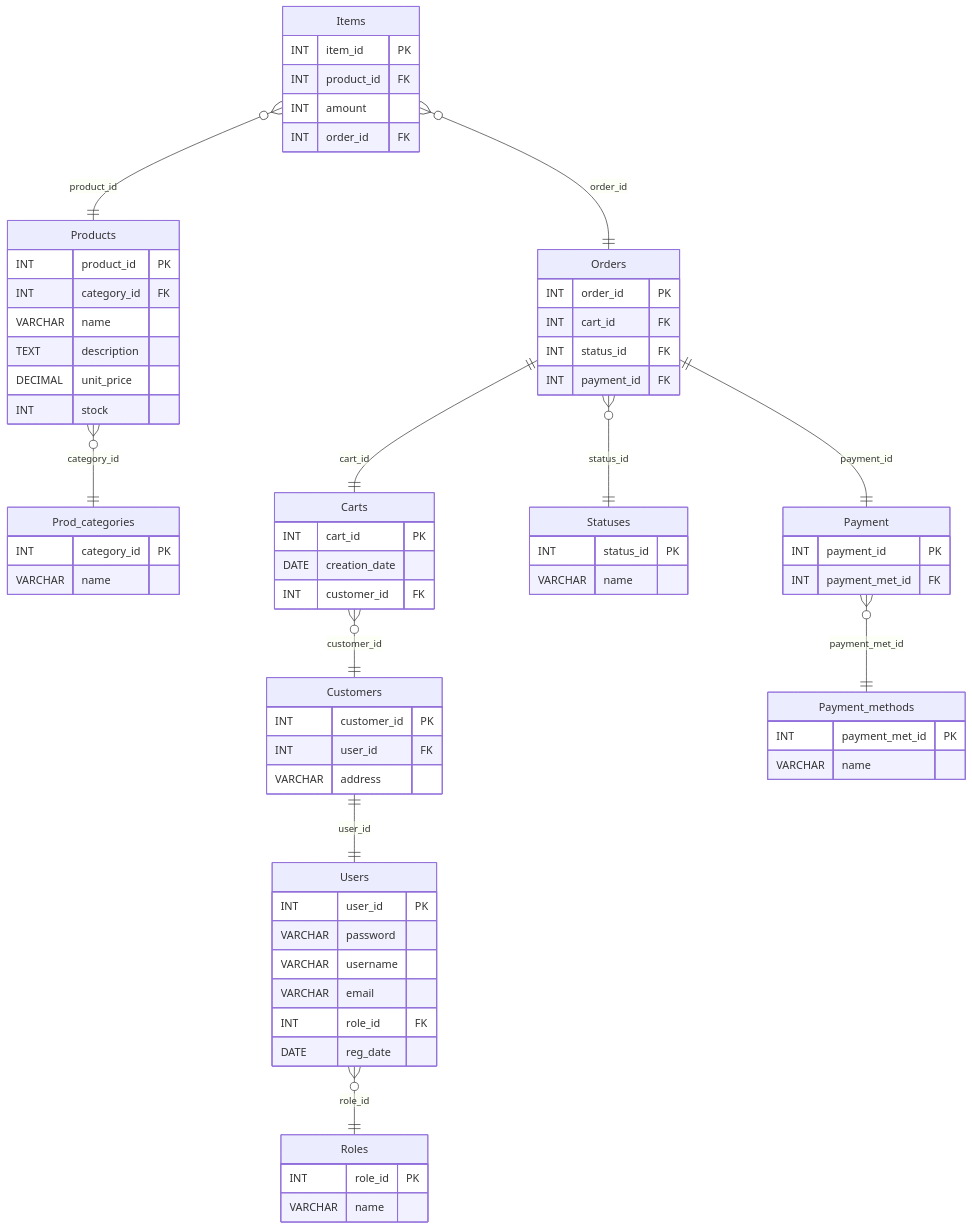
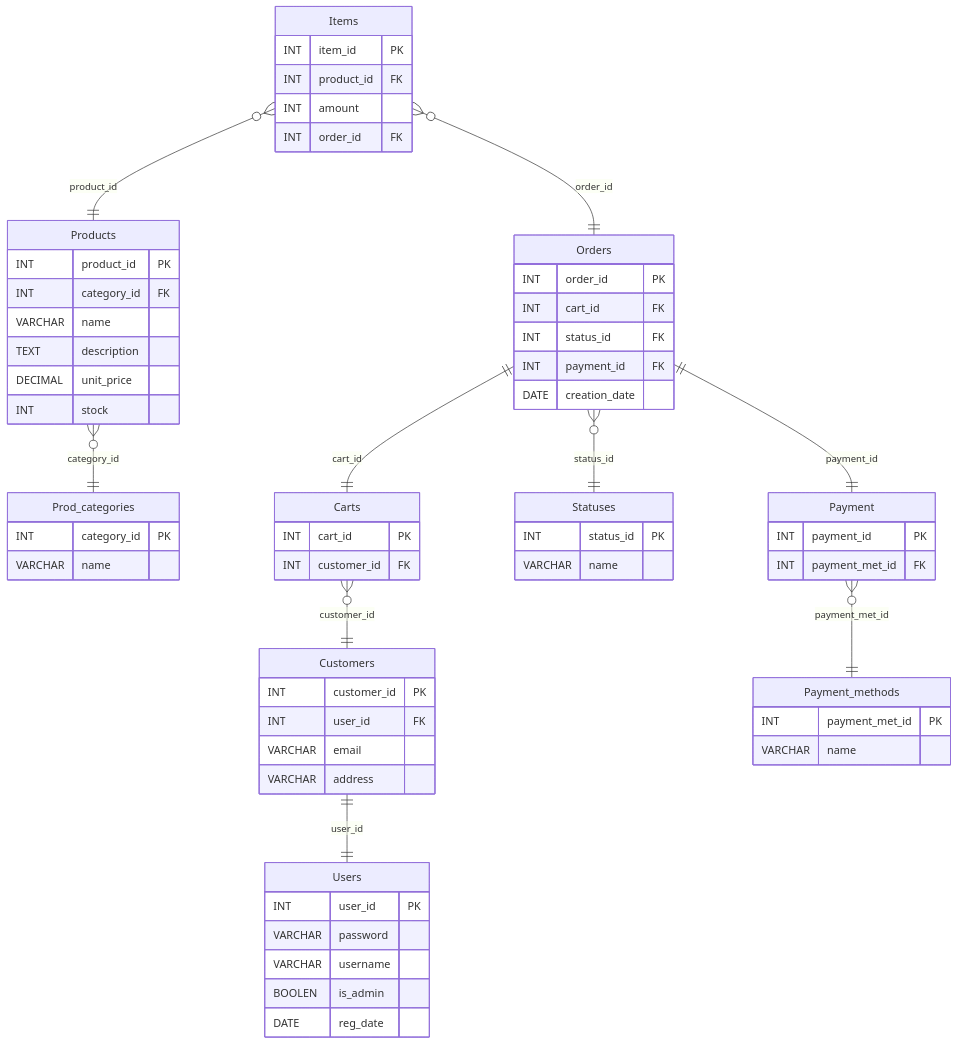
Before and after one commit to giulianoh92/TPI-PA-2: the diagram in README.md, drawn with Mermaid.

Commit message:
actualizacion del DER del README

````diff
--- a/README.md
+++ b/README.md
@@ -34,83 +34,78 @@
 ```mermaid
 erDiagram
-    Roles {
-        INT role_id PK
-        VARCHAR name
-    }
 
     Payment_methods {
         INT payment_met_id PK
         VARCHAR name
     }
 
     Statuses {
         INT status_id PK
         VARCHAR name
     }
 
     Prod_categories {
         INT category_id PK
         VARCHAR name
     }
 
     Users {
         INT user_id PK
         VARCHAR password
         VARCHAR username
-        VARCHAR email
-        INT role_id FK
+        BOOLEN is_admin
         DATE reg_date
     }
 
     Customers {
         INT customer_id PK
         INT user_id FK
+        VARCHAR email
         VARCHAR address
     }
 
     Carts {
         INT cart_id PK
-        DATE creation_date
         INT customer_id FK
     }
 
     Payment {
         INT payment_id PK
         INT payment_met_id FK
     }
 
     Products {
         INT product_id PK
         INT category_id FK
         VARCHAR name
         TEXT description
         DECIMAL unit_price
         INT stock
     }
 
     Orders {
         INT order_id PK
         INT cart_id FK
         INT status_id FK
         INT payment_id FK
+        DATE creation_date
     }
 
     Items {
         INT item_id PK
         INT product_id FK
         INT amount
         INT order_id FK
     }
 
-    Users }o--|| Roles : "role_id"
     Customers ||--|| Users : "user_id"
     Carts }o--|| Customers : "customer_id"
     Payment }o--|| Payment_methods : "payment_met_id"
     Orders ||--|| Carts : "cart_id"
     Orders }o--|| Statuses : "status_id"
     Orders ||--|| Payment : "payment_id"
     Items }o--|| Products : "product_id"
     Items }o--|| Orders : "order_id"
     Products }o--|| Prod_categories : "category_id"
 
 ```
````
